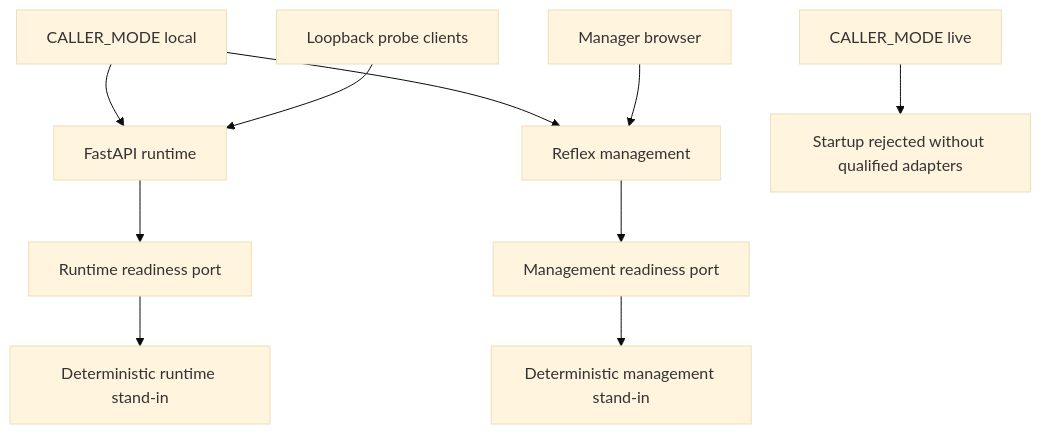
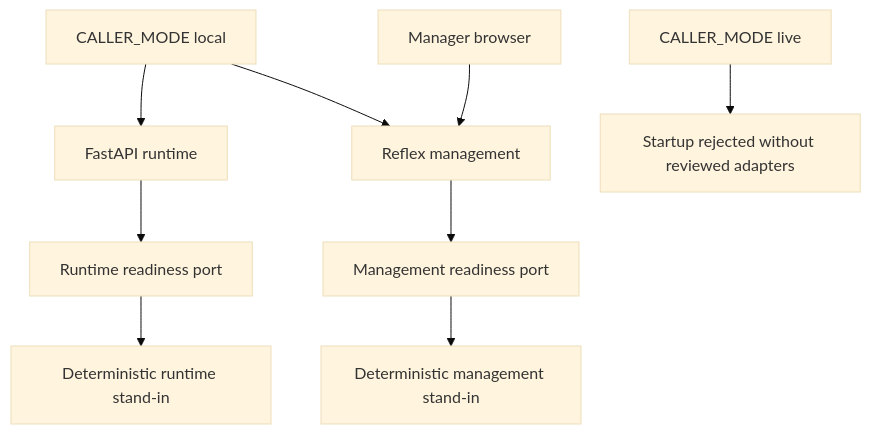
Before and after one commit to marvinbuss/caller-ai: the fifth of 5 diagrams in docs/architecture.md, drawn with Mermaid (base theme). The commit also changed other lines of this file and 236 other files, not shown here.

````diff
--- a/docs/architecture.md
+++ b/docs/architecture.md
@@ -206,12 +204,11 @@
 ```mermaid
 flowchart TD
     Local[CALLER_MODE local] --> Runtime[FastAPI runtime]
     Local --> Management[Reflex management]
     Runtime --> RuntimePort[Runtime readiness port]
     Management --> ManagementPort[Management readiness port]
     RuntimePort --> RuntimeLocal[Deterministic runtime stand-in]
     ManagementPort --> ManagementLocal[Deterministic management stand-in]
-    Live[CALLER_MODE live] --> Rejected[Startup rejected without qualified adapters]
-    Probe[Loopback probe clients] --> Runtime
+    Live[CALLER_MODE live] --> Rejected[Startup rejected without reviewed adapters]
     Browser[Manager browser] --> Management
 ```
````
